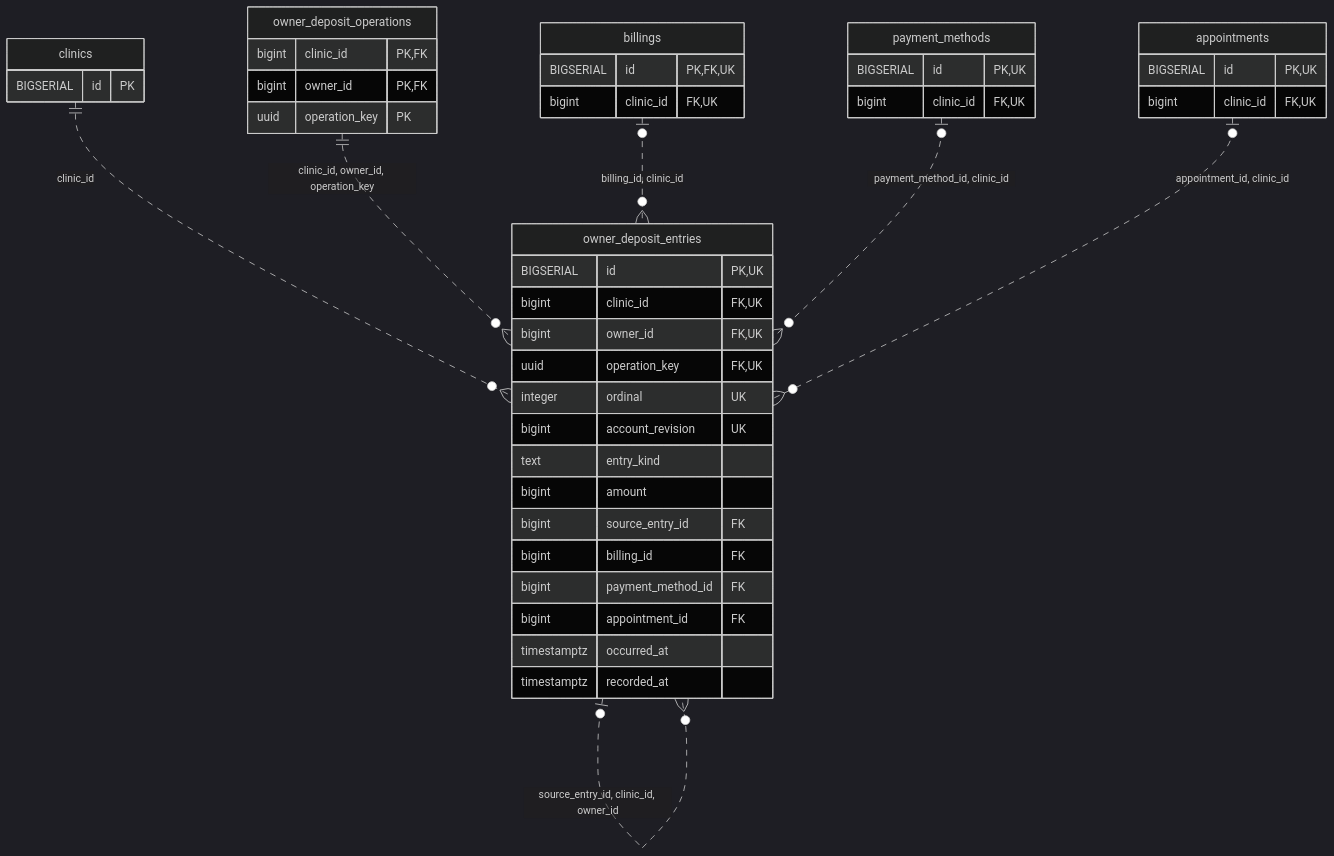
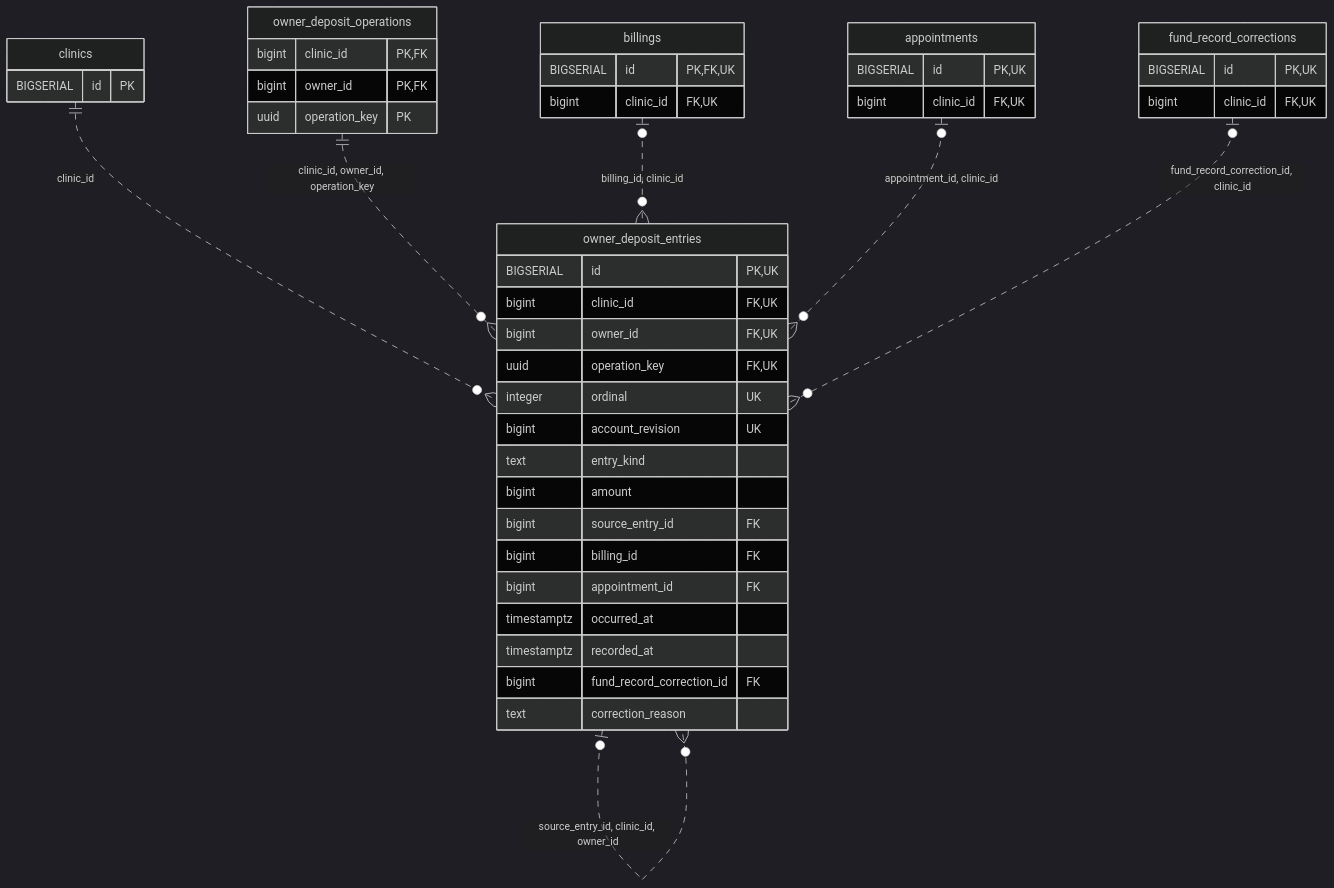
One commit to MinoruSoga/AnimalEkarte changed the diagram in docs/architecture/erd-detail/owner_deposit_entries.md. Above: the diagram before and after it, drawn with Mermaid (dark theme). The commit also changed other lines of this file and 147 other files, not shown here.

````diff
--- a/docs/architecture/erd-detail/owner_deposit_entries.md
+++ b/docs/architecture/erd-detail/owner_deposit_entries.md
@@ -37,45 +38,46 @@
 ```mermaid
 erDiagram
     owner_deposit_entries {
         BIGSERIAL id PK,UK
         bigint clinic_id FK,UK
         bigint owner_id FK,UK
         uuid operation_key FK,UK
         integer ordinal UK
         bigint account_revision UK
         text entry_kind
         bigint amount
         bigint source_entry_id FK
         bigint billing_id FK
-        bigint payment_method_id FK
         bigint appointment_id FK
         timestamptz occurred_at
         timestamptz recorded_at
+        bigint fund_record_correction_id FK
+        text correction_reason
     }
     appointments {
         BIGSERIAL id PK,UK
         bigint clinic_id FK,UK
     }
     billings {
         BIGSERIAL id PK,FK,UK
         bigint clinic_id FK,UK
     }
     clinics {
         BIGSERIAL id PK
     }
+    fund_record_corrections {
+        BIGSERIAL id PK,UK
+        bigint clinic_id FK,UK
+    }
     owner_deposit_operations {
         bigint clinic_id PK,FK
         bigint owner_id PK,FK
         uuid operation_key PK
     }
-    payment_methods {
-        BIGSERIAL id PK,UK
-        bigint clinic_id FK,UK
-    }
     clinics ||..o{ owner_deposit_entries : "clinic_id"
     owner_deposit_operations ||..o{ owner_deposit_entries : "clinic_id, owner_id, operation_key"
     owner_deposit_entries o|..o{ owner_deposit_entries : "source_entry_id, clinic_id, owner_id"
     billings o|..o{ owner_deposit_entries : "billing_id, clinic_id"
-    payment_methods o|..o{ owner_deposit_entries : "payment_method_id, clinic_id"
     appointments o|..o{ owner_deposit_entries : "appointment_id, clinic_id"
+    fund_record_corrections o|..o{ owner_deposit_entries : "fund_record_correction_id, clinic_id"
 ```
````
